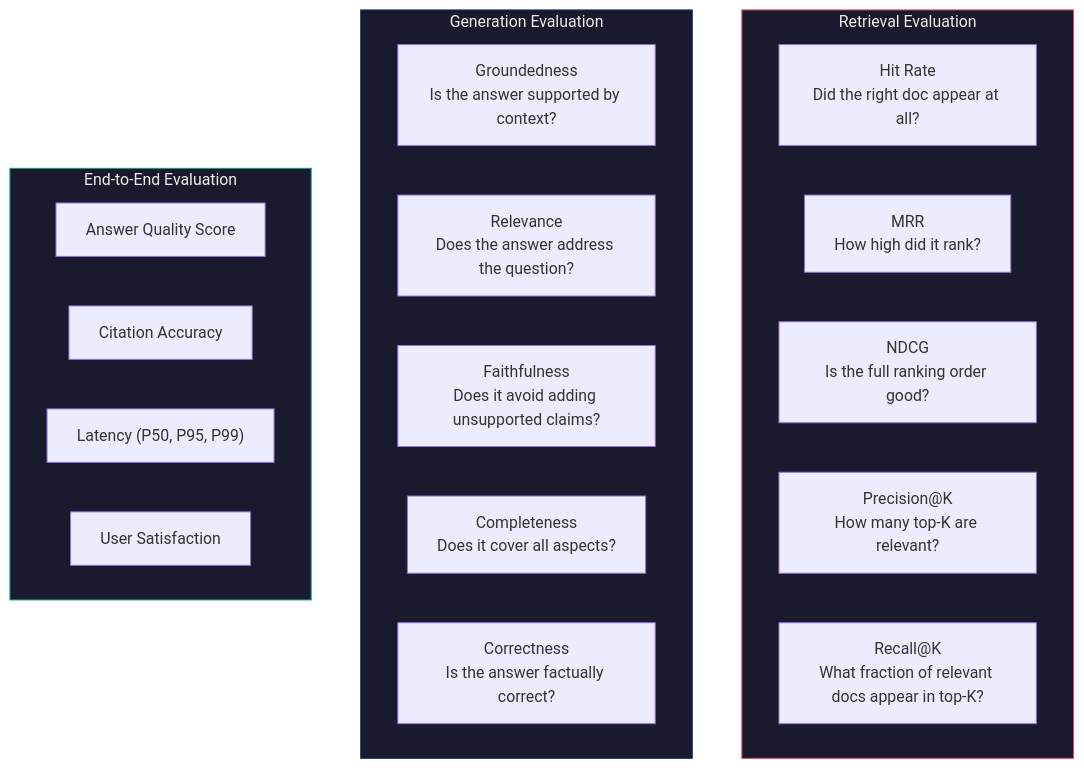
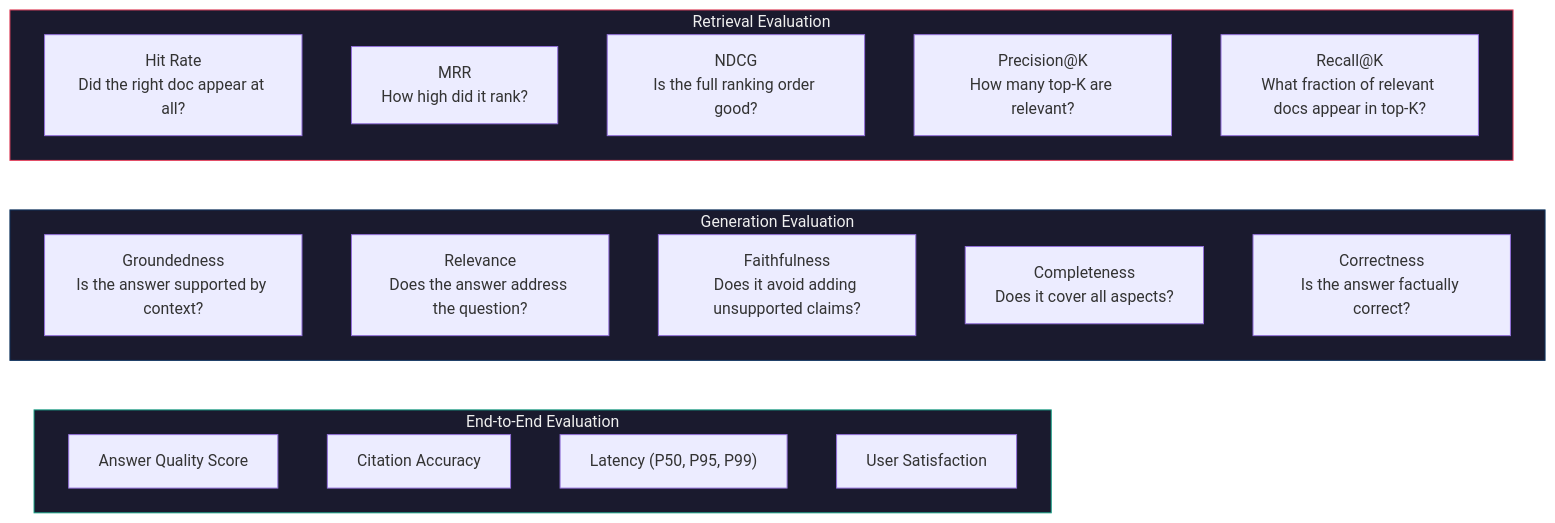
The eighth of 9 diagrams in docs/RAG-Architecture.md (frootai/frootai), drawn with Mermaid before and after one commit. The commit also changed other lines of this file and 15 other files, not shown here.

Commit message:
docs: harden learning module diagrams

````diff
--- a/docs/RAG-Architecture.md
+++ b/docs/RAG-Architecture.md
@@ -1275,29 +1274,32 @@
 ```mermaid
 graph TB
     subgraph RETRIEVAL["Retrieval Evaluation"]
         R1["Hit Rate<br/>Did the right doc appear at all?"]
         R2["MRR<br/>How high did it rank?"]
         R3["NDCG<br/>Is the full ranking order good?"]
         R4["Precision@K<br/>How many top-K are relevant?"]
         R5["Recall@K<br/>What fraction of relevant docs appear in top-K?"]
     end
 
     subgraph GENERATION["Generation Evaluation"]
         G1["Groundedness<br/>Is the answer supported by context?"]
         G2["Relevance<br/>Does the answer address the question?"]
         G3["Faithfulness<br/>Does it avoid adding unsupported claims?"]
         G4["Completeness<br/>Does it cover all aspects?"]
         G5["Correctness<br/>Is the answer factually correct?"]
     end
 
     subgraph ENDTOEND["End-to-End Evaluation"]
         E1["Answer Quality Score"]
         E2["Citation Accuracy"]
         E3["Latency (P50, P95, P99)"]
         E4["User Satisfaction"]
     end
 
+    R1 ~~~ G1
+    G1 ~~~ E1
+
     style RETRIEVAL fill:#1a1a2e,stroke:#e94560,color:#eee
     style GENERATION fill:#1a1a2e,stroke:#0f3460,color:#eee
     style ENDTOEND fill:#1a1a2e,stroke:#16a085,color:#eee
 ```
````
